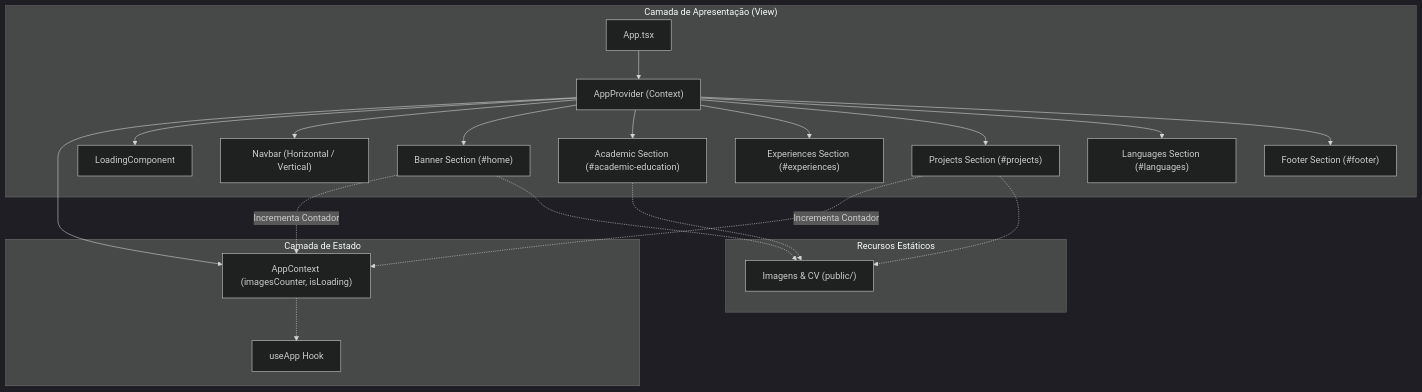
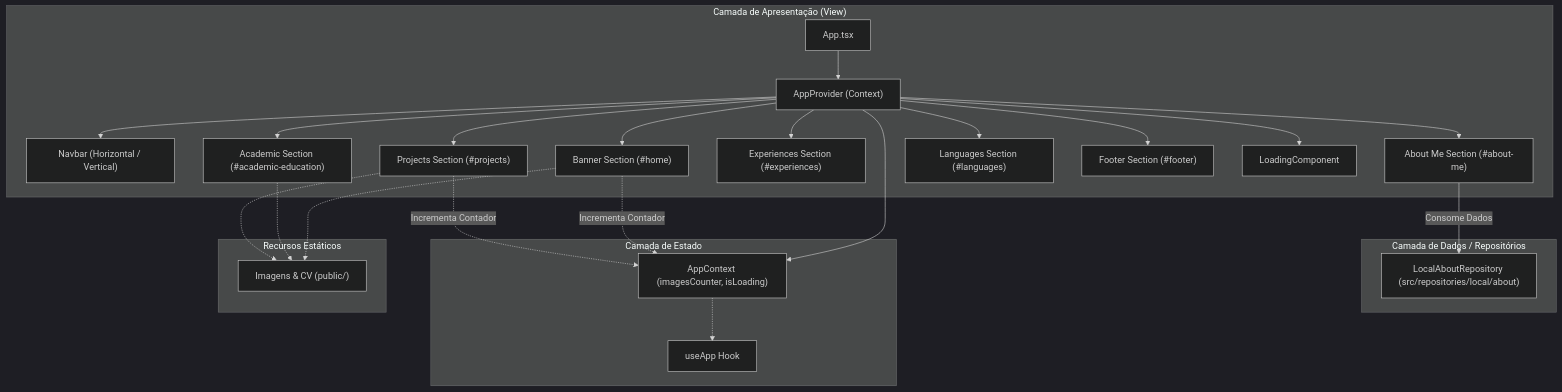
One commit to FabioFPaulo/my-portfolio changed the first of 2 diagrams in docs/architecture.md. Above: the diagram before and after it, drawn with Mermaid (dark theme). The commit also changed other lines of this file and 12 other files, not shown here.

Commit message:
feat(about): add about me section backed by local repository pattern and cv data

````diff
--- a/docs/architecture.md
+++ b/docs/architecture.md
@@ -14,42 +14,49 @@
 ```mermaid
 flowchart TD
     subgraph UI ["Camada de Apresentação (View)"]
         App["App.tsx"]
         Provider["AppProvider (Context)"]
         Nav["Navbar (Horizontal / Vertical)"]
         Banner["Banner Section (#home)"]
+        About["About Me Section (#about-me)"]
         Academic["Academic Section (#academic-education)"]
         Exp["Experiences Section (#experiences)"]
         Projects["Projects Section (#projects)"]
         Langs["Languages Section (#languages)"]
         Footer["Footer Section (#footer)"]
         Loading["LoadingComponent"]
+    end
+
+    subgraph Repositories ["Camada de Dados / Repositórios"]
+        AboutRepo["LocalAboutRepository (src/repositories/local/about)"]
     end
 
     subgraph State ["Camada de Estado"]
         AppContext["AppContext (imagesCounter, isLoading)"]
         UseApp["useApp Hook"]
     end
 
     subgraph Assets ["Recursos Estáticos"]
         PublicAssets["Imagens & CV (public/)"]
     end
 
     App --> Provider
     Provider --> AppContext
     AppContext -.-> UseApp
     Provider --> Loading
     Provider --> Nav
     Provider --> Banner
+    Provider --> About
     Provider --> Academic
     Provider --> Exp
     Provider --> Projects
     Provider --> Langs
     Provider --> Footer
 
+    About -->|Consome Dados| AboutRepo
     Banner -.->|Incrementa Contador| AppContext
     Projects -.->|Incrementa Contador| AppContext
     Banner -.-> PublicAssets
     Academic -.-> PublicAssets
     Projects -.-> PublicAssets
 ```
````
